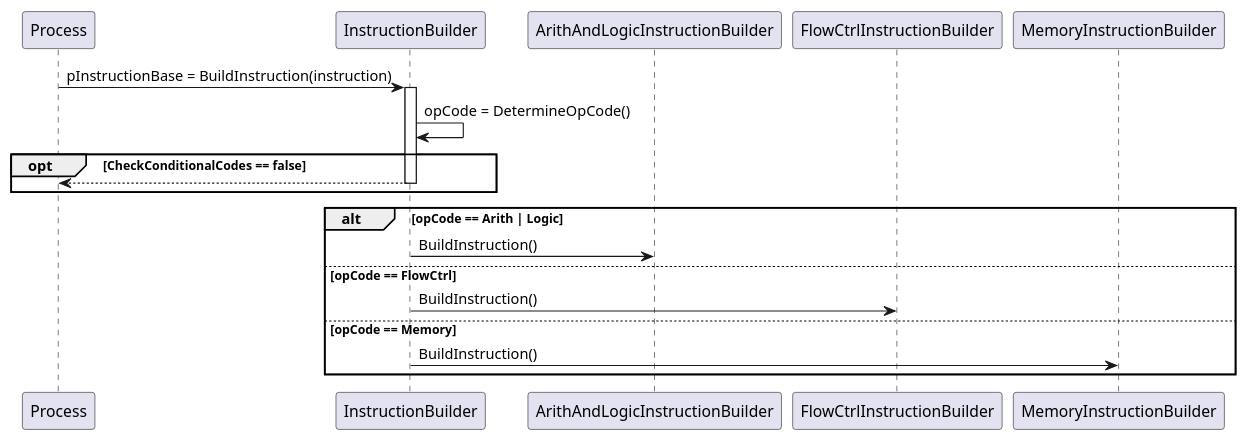
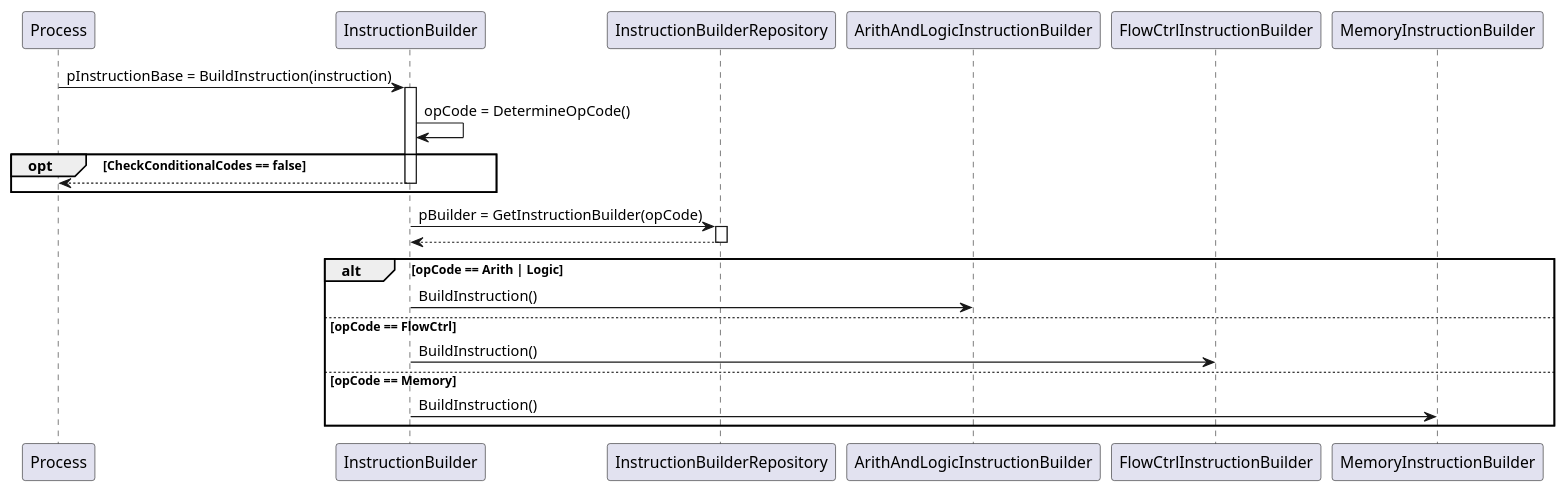
Before and after one commit to KaravolisL/ARM-ISA-Simulator: the first of 3 diagrams in docs/Instruction_Execution.md, drawn with PlantUML. The commit also changed other lines of this file and 6 other files, not shown here.

Commit message:
InstructionBuilder

````diff
--- a/docs/Instruction_Execution.md
+++ b/docs/Instruction_Execution.md
@@ -3,33 +3,37 @@
 ```plantuml
 @startuml
 
 participant Process
 participant InstructionBuilder as IB
+participant InstructionBuilderRepository as IBR
 participant ArithAndLogicInstructionBuilder as ALIB
 participant FlowCtrlInstructionBuilder as FCIB
 participant MemoryInstructionBuilder as MIB
 
 
 Process -> IB: pInstructionBase = BuildInstruction(instruction)
 activate IB
 
 IB -> IB: opCode = DetermineOpCode()
 
 opt CheckConditionalCodes == false
 return
 end
 
+IB -> IBR: pBuilder = GetInstructionBuilder(opCode)
+activate IBR
+return
+
 alt opCode == Arith | Logic
 IB -> ALIB: BuildInstruction()
 
 else opCode == FlowCtrl
 IB -> FCIB: BuildInstruction()
 
 else opCode == Memory
 IB -> MIB: BuildInstruction()
 
 end
 
-
 @enduml
 ```
````
